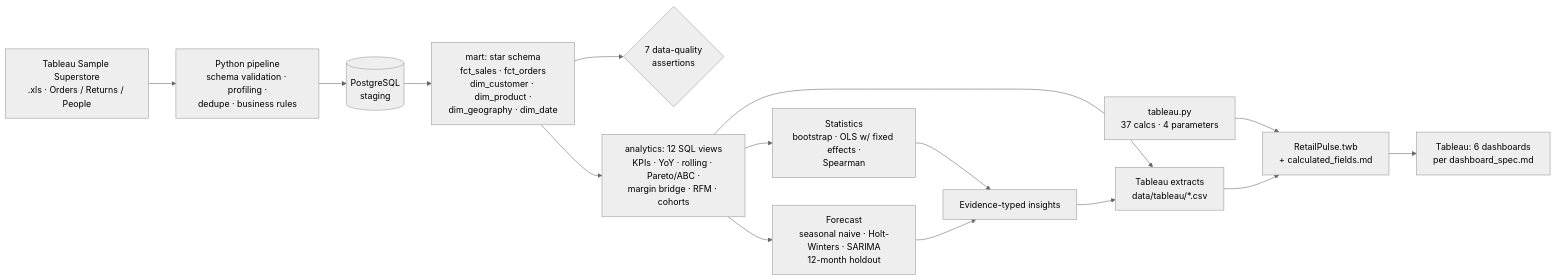
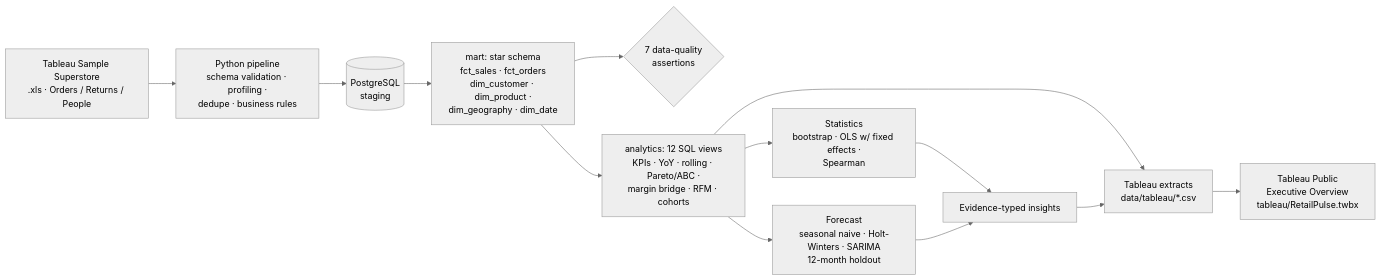
One commit to Nezz23/retailpulse changed the diagram in README.md. Above: the diagram before and after it, drawn with Mermaid (neutral theme). The commit also changed other lines of this file and 9 other files, not shown here.

Commit message:
Finalize RetailPulse: published Tableau Executive Overview, README link and verified metrics

````diff
--- a/README.md
+++ b/README.md
@@ -57,16 +59,14 @@
 ```mermaid
 flowchart LR
   SRC[Tableau Sample Superstore<br/>.xls · Orders / Returns / People] --> PY[Python pipeline<br/>schema validation · profiling ·<br/>dedupe · business rules]
   PY --> STG[(PostgreSQL<br/>staging)]
   STG --> MART[mart: star schema<br/>fct_sales · fct_orders<br/>dim_customer · dim_product ·<br/>dim_geography · dim_date]
   MART --> QC{7 data-quality<br/>assertions}
   MART --> V[analytics: 12 SQL views<br/>KPIs · YoY · rolling · Pareto/ABC ·<br/>margin bridge · RFM · cohorts]
   V --> ST[Statistics<br/>bootstrap · OLS w/ fixed effects ·<br/>Spearman]
   V --> FC[Forecast<br/>seasonal naive · Holt-Winters · SARIMA<br/>12-month holdout]
   V --> EX[Tableau extracts<br/>data/tableau/*.csv]
   ST & FC --> INS[Evidence-typed insights]
   INS --> EX
-  CF[tableau.py<br/>37 calcs · 4 parameters] --> TWB[RetailPulse.twb<br/>+ calculated_fields.md]
-  EX --> TWB
-  TWB --> TAB[Tableau: 6 dashboards<br/>per dashboard_spec.md]
+  EX --> TAB[Tableau Public<br/>Executive Overview<br/>tableau/RetailPulse.twbx]
 ```
````
